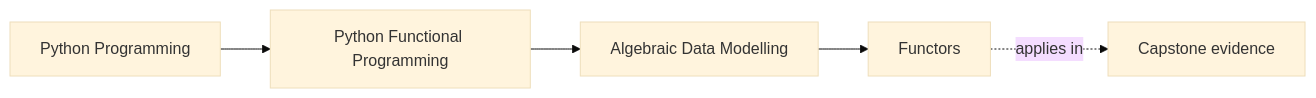
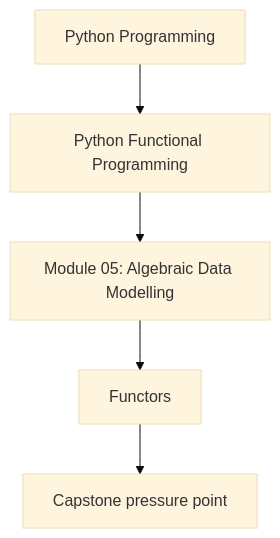
Before and after one commit to bijux/bijux-masterclass: the first of 2 diagrams in programs/python-programming/python-functional-programming/course-book/module-05-algebraic-data-modelling/functors.md, drawn with Mermaid (base theme). The commit also changed other lines of this file and 118 other files, not shown here.

Commit message:
docs(python-functional-programming): align concept page diagrams

````diff
--- a/programs/python-programming/python-functional-programming/course-book/module-05-algebraic-data-modelling/functors.md
+++ b/programs/python-programming/python-functional-programming/course-book/module-05-algebraic-data-modelling/functors.md
@@ -7,11 +7,7 @@
 ```mermaid
-graph LR
-  family["Python Programming"]
-  program["Python Functional Programming"]
-  section["Algebraic Data Modelling"]
-  page["Functors"]
-  capstone["Capstone evidence"]
-
-  family --> program --> section --> page
-  page -.applies in.-> capstone
+flowchart TD
+  family["Python Programming"] --> program["Python Functional Programming"]
+  program --> module["Module 05: Algebraic Data Modelling"]
+  module --> concept["Functors"]
+  concept --> capstone["Capstone pressure point"]
 ```
````
